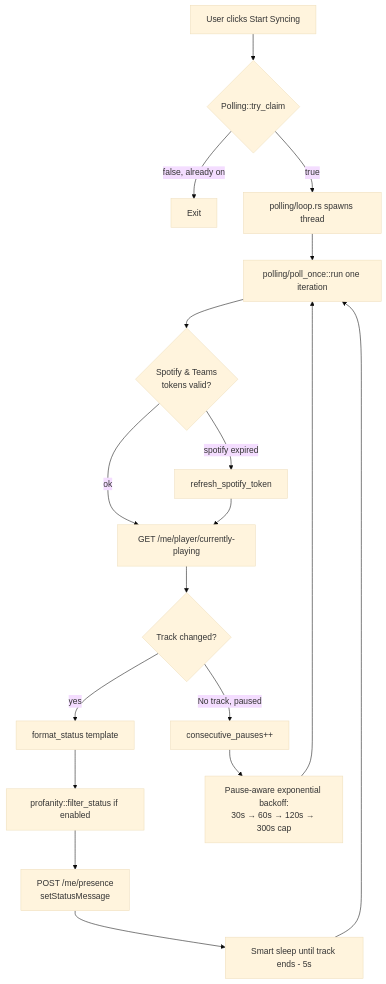
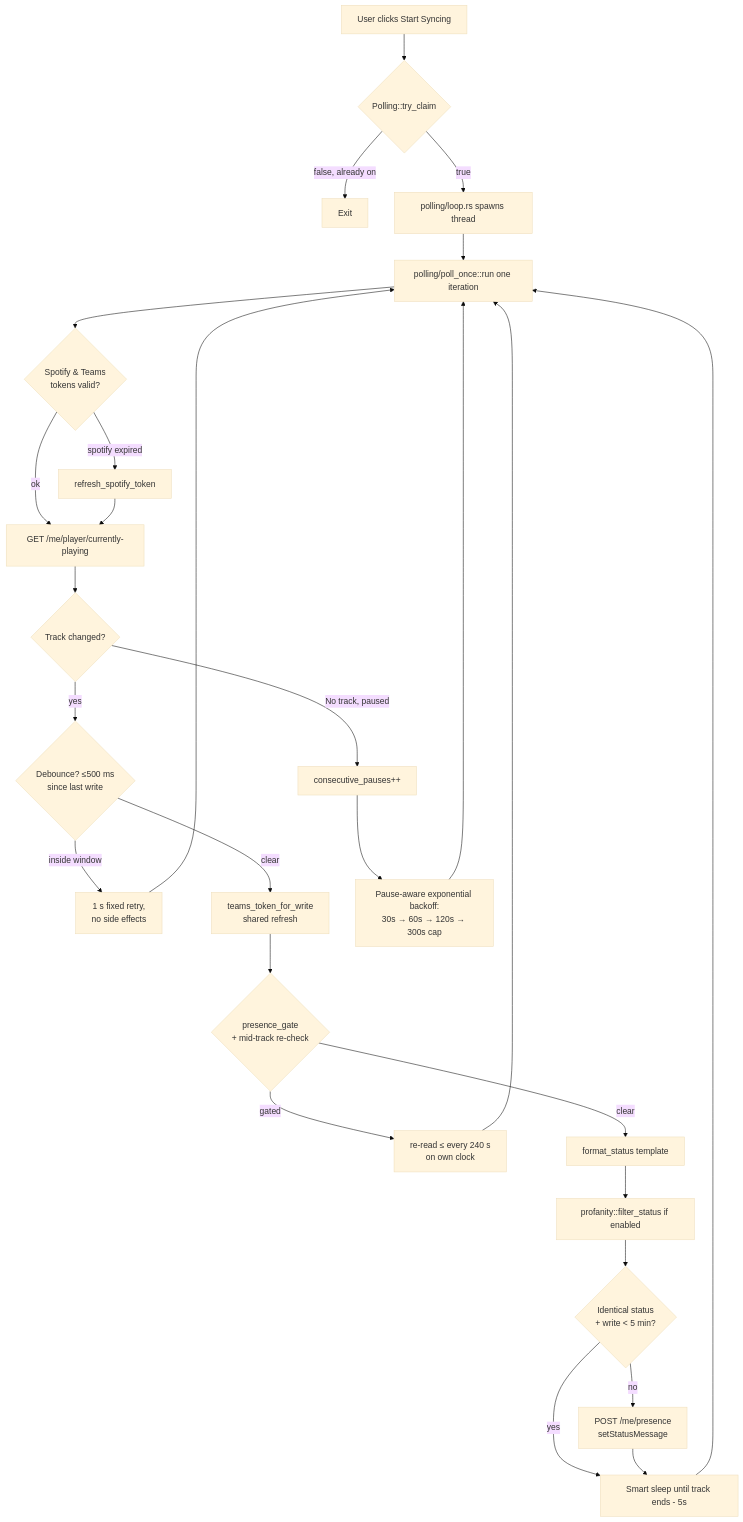
The seventh of 8 diagrams in ARCHITECTURE.md (Carme99/PresenceJam-Desktop), drawn with Mermaid (base theme) before and after one commit. The commit also changed other lines of this file and 10 other files, not shown here.

````diff
--- a/ARCHITECTURE.md
+++ b/ARCHITECTURE.md
@@ -436,20 +436,29 @@
 ```mermaid
 flowchart TD
     Start[User clicks Start Syncing] --> Claim{Polling::try_claim}
     Claim -->|false, already on| Exit
     Claim -->|true| Loop[polling/loop.rs spawns thread]
     Loop --> Tick[polling/poll_once::run one iteration]
     Tick --> Tokens{Spotify & Teams<br/>tokens valid?}
     Tokens -->|spotify expired| RefreshSpot[refresh_spotify_token]
     Tokens -->|ok| Poll["GET /me/player/currently-playing"]
     RefreshSpot --> Poll
     Poll --> Changed{Track changed?}
     Changed -->|No track, paused| Consec[consecutive_pauses++]
-    Changed -->|yes| Format[format_status template]
+    Changed -->|yes| Debounce{Debounce? ≤500 ms<br/>since last write}
+    Debounce -->|inside window| Retry[1 s fixed retry,<br/>no side effects]
+    Retry --> Tick
+    Debounce -->|clear| TokWrite[teams_token_for_write<br/>shared refresh]
+    TokWrite --> Gate{presence_gate<br/>+ mid-track re-check}
+    Gate -->|gated| GateSleep[re-read ≤ every 240 s<br/>on own clock]
+    GateSleep --> Tick
+    Gate -->|clear| Format[format_status template]
     Format --> Prof[profanity::filter_status if enabled]
-    Prof --> Set[POST /me/presence<br/>setStatusMessage]
+    Prof --> KeepSkip{Identical status<br/>+ write < 5 min?}
+    KeepSkip -->|yes| SmartSleep
+    KeepSkip -->|no| Set[POST /me/presence<br/>setStatusMessage]
     Set --> SmartSleep[Smart sleep until track ends - 5s]
     Consec --> Backoff[Pause-aware exponential backoff:<br/>30s → 60s → 120s → 300s cap]
     SmartSleep --> Tick
     Backoff --> Tick
 ```
````
